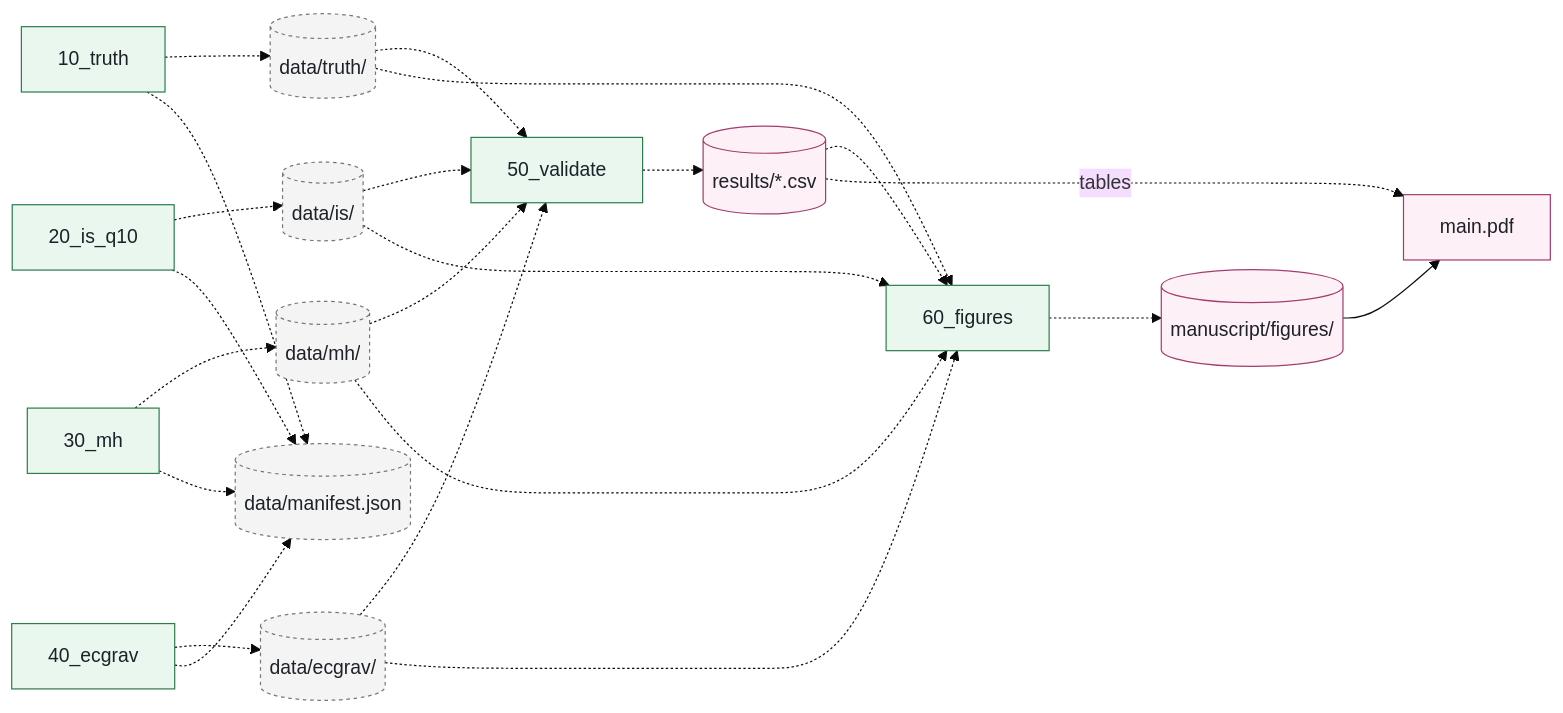
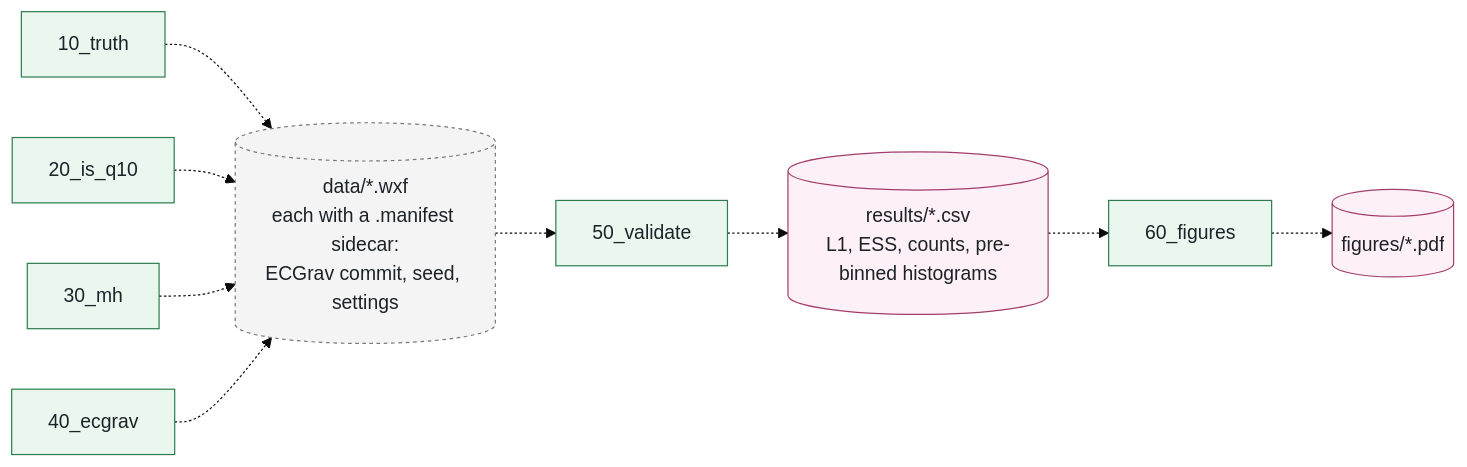
Before and after one commit to nraplee/CombResearch: the third of 3 diagrams in docs/architecture/ideal.md, drawn with Mermaid (base theme). The commit also changed other lines of this file and 4 other files, not shown here.

````diff
--- a/docs/architecture/ideal.md
+++ b/docs/architecture/ideal.md
@@ -109,30 +113,20 @@
 ```mermaid
 flowchart LR
   classDef stage fill:#e9f7ef,stroke:#2e7d4f,color:#1d2228
   classDef data fill:#f4f4f4,stroke:#777,stroke-dasharray:3 3,color:#1d2228
   classDef out fill:#fdf0f6,stroke:#a33d6e,color:#1d2228
 
   S1["10_truth"]:::stage
   S2["20_is_q10"]:::stage
   S3["30_mh"]:::stage
   S4["40_ecgrav"]:::stage
-  DT[("data/truth/")]:::data
-  DI[("data/is/")]:::data
-  DM[("data/mh/")]:::data
-  DE[("data/ecgrav/")]:::data
-  MAN[("data/manifest.json")]:::data
+  D[("data/*.wxf<br/>each with a .manifest sidecar:<br/>ECGrav commit, seed, settings")]:::data
   S5["50_validate"]:::stage
-  RES[("results/*.csv")]:::out
+  RES[("results/*.csv<br/>L1, ESS, counts, pre-binned histograms")]:::out
   S6["60_figures"]:::stage
-  FIG[("manuscript/figures/")]:::out
-  PDF["main.pdf"]:::out
+  FIG[("figures/*.pdf")]:::out
 
-  S1 -.-> DT
-  S2 -.-> DI
-  S3 -.-> DM
-  S4 -.-> DE
-  S1 & S2 & S3 & S4 -.-> MAN
-  DT & DI & DM & DE -.-> S5 -.-> RES
-  DT & DI & DM & DE & RES -.-> S6 -.-> FIG --> PDF
-  RES -. "tables" .-> PDF
+  S1 & S2 & S3 & S4 -.-> D
+  D -.-> S5 -.-> RES
+  RES -.-> S6 -.-> FIG
 ```
````
